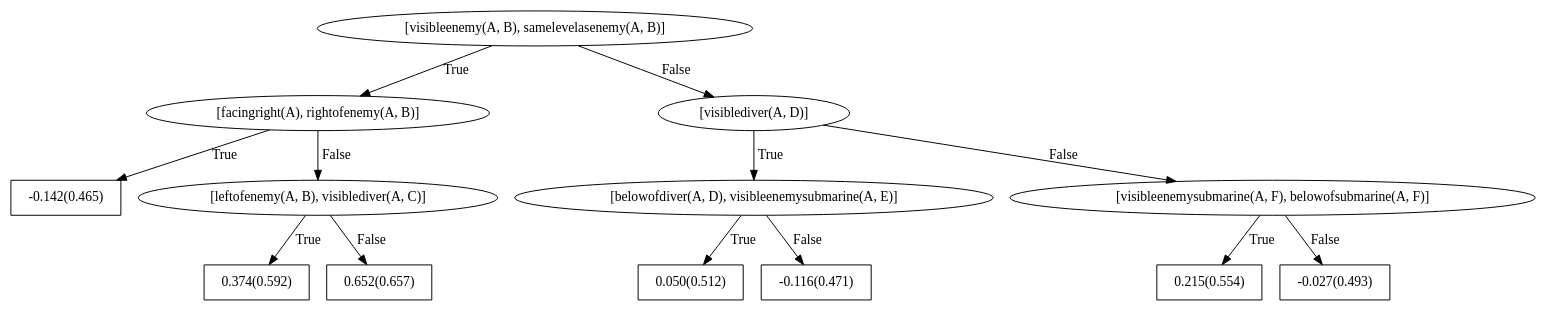
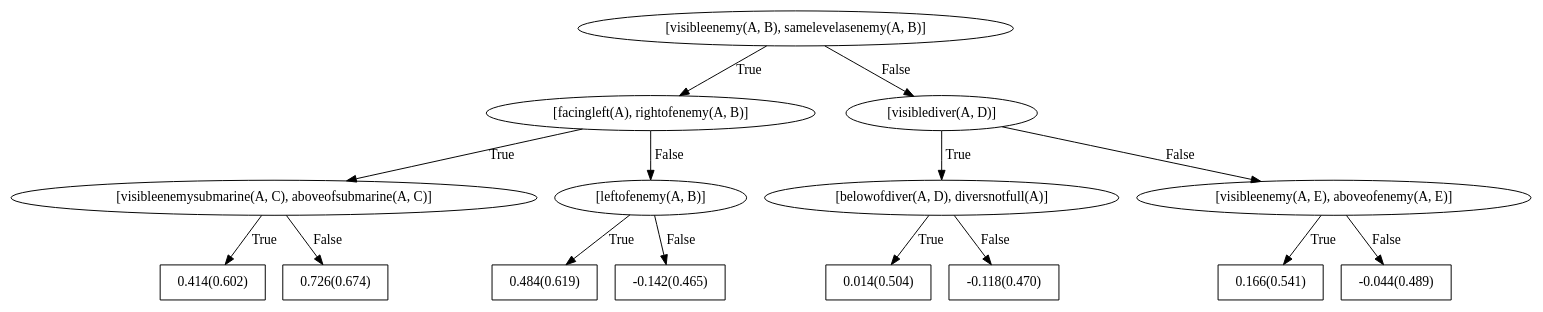
One commit to nikhileshp/NeSY-Imitation-Learning changed the diagram in rdn_models/seaquest/weighted_1object_negpos_2_trees_1_depth_2/fire/bRDNs/dotFiles/WILLTreeFor_fire0.dot. Above: the diagram before and after it, drawn with Graphviz. The commit also changed 309 other files, not shown here.

```diff
--- a/rdn_models/seaquest/weighted_1object_negpos_2_trees_1_depth_2/fire/bRDNs/dotFiles/WILLTreeFor_fire0.dot
+++ b/rdn_models/seaquest/weighted_1object_negpos_2_trees_1_depth_2/fire/bRDNs/dotFiles/WILLTreeFor_fire0.dot
@@ -1,27 +1,31 @@
 digraph G{ 
 1[label = "[visibleenemy(A, B), samelevelasenemy(A, B)]"];
 1 -> 2[label="True"];
 1 -> 3[label="False"];
-2[label = "[facingright(A), rightofenemy(A, B)]"];
+2[label = "[facingleft(A), rightofenemy(A, B)]"];
 2 -> 4[label="True"];
 2 -> 5[label="False"];
-4[shape = box,label = "-0.142(0.465)"];
-5[label = "[leftofenemy(A, B), visiblediver(A, C)]"];
-5 -> 6[label="True"];
-5 -> 7[label="False"];
-6[shape = box,label = "0.374(0.592)"];
-7[shape = box,label = "0.652(0.657)"];
+4[label = "[visibleenemysubmarine(A, C), aboveofsubmarine(A, C)]"];
+4 -> 6[label="True"];
+4 -> 7[label="False"];
+6[shape = box,label = "0.414(0.602)"];
+7[shape = box,label = "0.726(0.674)"];
+5[label = "[leftofenemy(A, B)]"];
+5 -> 8[label="True"];
+5 -> 9[label="False"];
+8[shape = box,label = "0.484(0.619)"];
+9[shape = box,label = "-0.142(0.465)"];
 3[label = "[visiblediver(A, D)]"];
-3 -> 8[label="True"];
-3 -> 9[label="False"];
-8[label = "[belowofdiver(A, D), visibleenemysubmarine(A, E)]"];
-8 -> 10[label="True"];
-8 -> 11[label="False"];
-10[shape = box,label = "0.050(0.512)"];
-11[shape = box,label = "-0.116(0.471)"];
-9[label = "[visibleenemysubmarine(A, F), belowofsubmarine(A, F)]"];
-9 -> 12[label="True"];
-9 -> 13[label="False"];
-12[shape = box,label = "0.215(0.554)"];
-13[shape = box,label = "-0.027(0.493)"];
+3 -> 10[label="True"];
+3 -> 11[label="False"];
+10[label = "[belowofdiver(A, D), diversnotfull(A)]"];
+10 -> 12[label="True"];
+10 -> 13[label="False"];
+12[shape = box,label = "0.014(0.504)"];
+13[shape = box,label = "-0.118(0.470)"];
+11[label = "[visibleenemy(A, E), aboveofenemy(A, E)]"];
+11 -> 14[label="True"];
+11 -> 15[label="False"];
+14[shape = box,label = "0.166(0.541)"];
+15[shape = box,label = "-0.044(0.489)"];
 }
```
